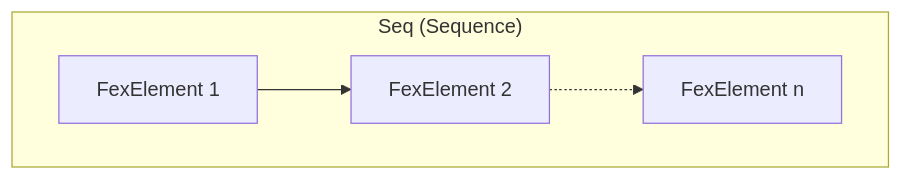
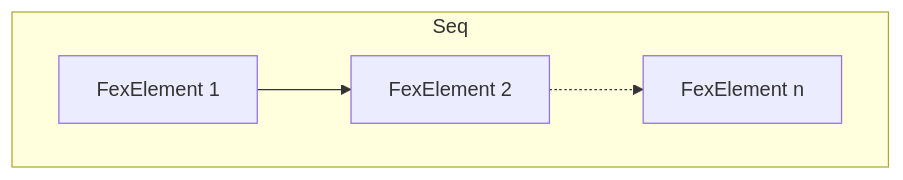
Before and after one commit to promicsw/flow-expressions: the first of 7 diagrams in Docs/FexElementsRef.md, drawn with Mermaid. The commit also changed other lines of this file and 7 other files, not shown here.

````diff
--- a/Docs/FexElementsRef.md
+++ b/Docs/FexElementsRef.md
@@ -69,7 +83,7 @@
 ```mermaid
 graph LR
-  subgraph "Seq (Sequence)" 
+  subgraph "Seq" 
     direction LR
     A[FexElement 1] --> B[FexElement 2] -.-> C[FexElement n];
   end
 ```
````
